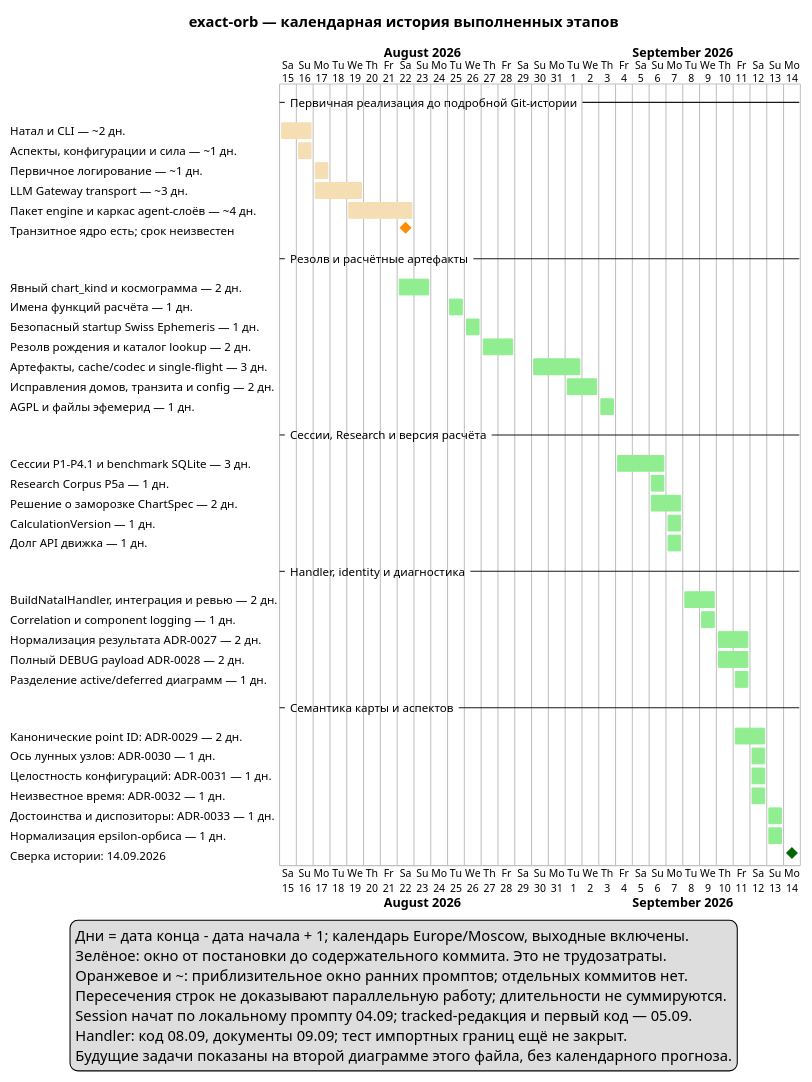
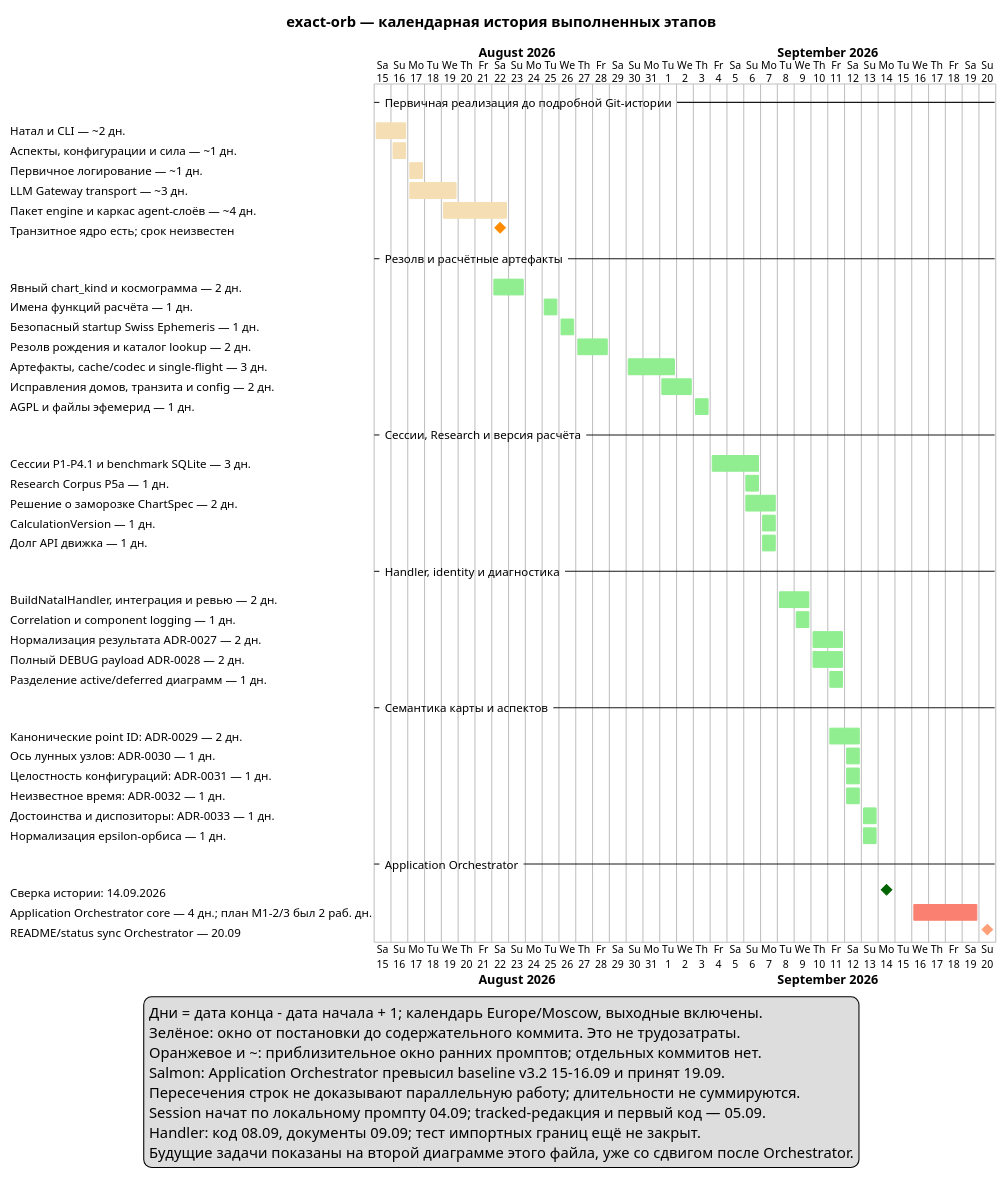
The diagram in docs/project_management/roadmap_completed_work_timeline.puml (ksenia-baranova/exact-orb-demo), drawn with PlantUML before and after one commit. The commit also changed 3 other files, not shown here.

First line of the commit message:
docs: record orchestrator roadmap overrun

```diff
--- a/docs/project_management/roadmap_completed_work_timeline.puml
+++ b/docs/project_management/roadmap_completed_work_timeline.puml
@@ -1,176 +1,188 @@
 @startgantt
 ' Источник интервалов и метод подсчёта: roadmap.md, раздел 1.3.
 ' Начало: датированный prompt. Конец: содержательный commit, не более поздний merge.
 ' До initial commit 22.08 интервалы приблизительны и показаны оранжевым.
 
 title exact-orb — календарная история выполненных этапов
 Project starts 2026-08-15
 printscale daily
 Label on first column
 
 -- Первичная реализация до подробной Git-истории --
 
 ' prompts/2026-08-15/01-natal-module.md -> fb8cafe (окно промптов; код подтверждён initial commit)
 [Натал и CLI — ~2 дн.] as [H_CORE] starts 2026-08-15 and ends 2026-08-16
 [H_CORE] is 100% complete
 [H_CORE] is colored in Wheat
 
 ' prompts/2026-08-16/02-aspects-module.md -> fb8cafe (окно промптов; код подтверждён initial commit)
 [Аспекты, конфигурации и сила — ~1 дн.] as [H_ASPECTS] starts 2026-08-16 and ends 2026-08-16
 [H_ASPECTS] is 100% complete
 [H_ASPECTS] is colored in Wheat
 
 ' prompts/2026-08-17/01-logging.md -> fb8cafe (окно промптов; код подтверждён initial commit)
 [Первичное логирование — ~1 дн.] as [H_LOG0] starts 2026-08-17 and ends 2026-08-17
 [H_LOG0] is 100% complete
 [H_LOG0] is colored in Wheat
 
 ' prompts/2026-08-17/02-llm-gateway.md -> fb8cafe (окно промптов; код подтверждён initial commit)
 [LLM Gateway transport — ~3 дн.] as [H_LLM] starts 2026-08-17 and ends 2026-08-19
 [H_LLM] is 100% complete
 [H_LLM] is colored in Wheat
 
 ' prompts/2026-08-19/01-agent-skeleton.md -> fb8cafe (окно промптов; код подтверждён initial commit)
 [Пакет engine и каркас agent-слоёв — ~4 дн.] as [H_PACKAGE] starts 2026-08-19 and ends 2026-08-22
 [H_PACKAGE] is 100% complete
 [H_PACKAGE] is colored in Wheat
 
 [Транзитное ядро есть; срок неизвестен] as [TRANSIT_EXISTS] happens 2026-08-22
 [TRANSIT_EXISTS] is colored in DarkOrange
 
 -- Резолв и расчётные артефакты --
 
 ' prompts/2026-08-22/12-explicit-chart-kind-and-honest-cosmogram.md -> 2726eab
 [Явный chart_kind и космограмма — 2 дн.] as [H_KIND] starts 2026-08-22 and ends 2026-08-23
 [H_KIND] is 100% complete
 [H_KIND] is colored in LightGreen
 
 ' prompts/2026-08-25/01-rename-chart-calculation-functions.md -> a3dddfd
 [Имена функций расчёта — 1 дн.] as [H_RENAME] starts 2026-08-25 and ends 2026-08-25
 [H_RENAME] is 100% complete
 [H_RENAME] is colored in LightGreen
 
 ' prompts/2026-08-26/01-freeze-swiss-ephemeris-runtime.md -> eeb6c77
 [Безопасный startup Swiss Ephemeris — 1 дн.] as [H_SWISS] starts 2026-08-26 and ends 2026-08-26
 [H_SWISS] is 100% complete
 [H_SWISS] is colored in LightGreen
 
 ' prompts/2026-08-27/01-birth-data-resolution.md -> dd21500
 [Резолв рождения и каталог lookup — 2 дн.] as [H_BIRTH] starts 2026-08-27 and ends 2026-08-28
 [H_BIRTH] is 100% complete
 [H_BIRTH] is colored in LightGreen
 
 ' prompts/2026-08-30/01-chart-artifacts-input-and-key.md -> b5c1beb
 [Артефакты, cache/codec и single-flight — 3 дн.] as [H_CALC] starts 2026-08-30 and ends 2026-09-01
 [H_CALC] is 100% complete
 [H_CALC] is colored in LightGreen
 
 ' prompts/2026-09-01/03-fix-house-system-validation.md -> 8bb60b4
 [Исправления домов, транзита и config — 2 дн.] as [H_FIX] starts 2026-09-01 and ends 2026-09-02
 [H_FIX] is 100% complete
 [H_FIX] is colored in LightGreen
 
 ' prompts/2026-09-03/01-project-license-agpl.md -> 381610a
 [AGPL и файлы эфемерид — 1 дн.] as [H_VENDOR] starts 2026-09-03 and ends 2026-09-03
 [H_VENDOR] is 100% complete
 [H_VENDOR] is colored in LightGreen
 
 -- Сессии, Research и версия расчёта --
 
 ' prompts/2026-09-04/01-session-contracts.md -> f771aa0
 [Сессии P1–P4.1 и benchmark SQLite — 3 дн.] as [H_SESSION] starts 2026-09-04 and ends 2026-09-06
 [H_SESSION] is 100% complete
 [H_SESSION] is colored in LightGreen
 
 ' prompts/2026-09-06/02-research-corpus-contracts.md -> 11c8c9e
 [Research Corpus P5a — 1 дн.] as [H_RESEARCH] starts 2026-09-06 and ends 2026-09-06
 [H_RESEARCH] is 100% complete
 [H_RESEARCH] is colored in LightGreen
 
 ' prompts/2026-09-06/06-adr-chart-spec-completeness-freeze.md -> 7f05723
 [Решение о заморозке ChartSpec — 2 дн.] as [H_FREEZE] starts 2026-09-06 and ends 2026-09-07
 [H_FREEZE] is 100% complete
 [H_FREEZE] is colored in LightGreen
 
 ' prompts/2026-09-07/02-calculation-version.md -> f94d8c6
 [CalculationVersion — 1 дн.] as [H_VERSION] starts 2026-09-07 and ends 2026-09-07
 [H_VERSION] is 100% complete
 [H_VERSION] is colored in LightGreen
 
 ' prompts/2026-09-07/03-engine-debt.md -> 604d411
 [Долг API движка — 1 дн.] as [H_ENGINE_DEBT] starts 2026-09-07 and ends 2026-09-07
 [H_ENGINE_DEBT] is 100% complete
 [H_ENGINE_DEBT] is colored in LightGreen
 
 -- Handler, identity и диагностика --
 
 ' prompts/2026-09-08/01-application-contracts.md -> d48f303
 [BuildNatalHandler, интеграция и ревью — 2 дн.] as [H_HANDLER] starts 2026-09-08 and ends 2026-09-09
 [H_HANDLER] is 100% complete
 [H_HANDLER] is colored in LightGreen
 
 ' prompts/2026-09-09/03-optimize-chart-boundary-logging.md -> 3c9fa6e
 [Correlation и component logging — 1 дн.] as [H_BOUNDARY] starts 2026-09-09 and ends 2026-09-09
 [H_BOUNDARY] is 100% complete
 [H_BOUNDARY] is colored in LightGreen
 
 ' prompts/2026-09-10/01-research-build-natal-sources-of-truth.md -> d6c0c89
 [Нормализация результата ADR-0027 — 2 дн.] as [H_IDENTITY] starts 2026-09-10 and ends 2026-09-11
 [H_IDENTITY] is 100% complete
 [H_IDENTITY] is colored in LightGreen
 
 ' prompts/2026-09-10/05-full-debug-component-boundary-logging.md -> d6c0c89
 [Полный DEBUG payload ADR-0028 — 2 дн.] as [H_FULLLOG] starts 2026-09-10 and ends 2026-09-11
 [H_FULLLOG] is 100% complete
 [H_FULLLOG] is colored in LightGreen
 
 ' prompts/2026-09-11/01-reorganize-build-chart-sequence-diagrams.md -> ded9895
 [Разделение active/deferred диаграмм — 1 дн.] as [H_DIAGRAMS] starts 2026-09-11 and ends 2026-09-11
 [H_DIAGRAMS] is 100% complete
 [H_DIAGRAMS] is colored in LightGreen
 
 -- Семантика карты и аспектов --
 
 ' prompts/2026-09-11/02-canonical-chart-point-identifiers.md -> 229be82
 [Канонические point ID: ADR-0029 — 2 дн.] as [H_CANON] starts 2026-09-11 and ends 2026-09-12
 [H_CANON] is 100% complete
 [H_CANON] is colored in LightGreen
 
 ' prompts/2026-09-12/01-lunar-node-axis-semantics.md -> 3cca8eb
 [Ось лунных узлов: ADR-0030 — 1 дн.] as [H_NODE] starts 2026-09-12 and ends 2026-09-12
 [H_NODE] is 100% complete
 [H_NODE] is colored in LightGreen
 
 ' prompts/2026-09-12/02-configuration-materialization-integrity.md -> 71df64c
 [Целостность конфигураций: ADR-0031 — 1 дн.] as [H_CONFIG] starts 2026-09-12 and ends 2026-09-12
 [H_CONFIG] is 100% complete
 [H_CONFIG] is colored in LightGreen
 
 ' prompts/2026-09-12/03-unknown-time-aspect-semantics-decision.md -> 3945677
 [Неизвестное время: ADR-0032 — 1 дн.] as [H_UNKNOWN] starts 2026-09-12 and ends 2026-09-12
 [H_UNKNOWN] is 100% complete
 [H_UNKNOWN] is colored in LightGreen
 
 ' prompts/2026-09-13/01-align-dignities-and-dispositors.md -> ba825af
 [Достоинства и диспозиторы: ADR-0033 — 1 дн.] as [H_STRENGTH] starts 2026-09-13 and ends 2026-09-13
 [H_STRENGTH] is 100% complete
 [H_STRENGTH] is colored in LightGreen
 
 ' prompts/2026-09-13/02-aspect-orb-boundary-normalization.md -> 4b86238
 [Нормализация epsilon-орбиса — 1 дн.] as [H_ORB] starts 2026-09-13 and ends 2026-09-13
 [H_ORB] is 100% complete
 [H_ORB] is colored in LightGreen
 
+-- Application Orchestrator --
+
 [Сверка истории: 14.09.2026] as [AUDIT] happens 2026-09-14
 [AUDIT] is colored in DarkGreen
+
+' roadmap v3.2 planned M1-2 + M1-3 as 2 working days on 15.09-16.09.
+' Actual implementation/acceptance series: a12daf4 -> e688592.
+[Application Orchestrator core — 4 дн.; план M1-2/3 был 2 раб. дн.] as [H_APP_ORCH] starts 2026-09-16 and ends 2026-09-19
+[H_APP_ORCH] is 100% complete
+[H_APP_ORCH] is colored in Salmon
+
+[README/status sync Orchestrator — 20.09] as [H_APP_DOCS] happens 2026-09-20
+[H_APP_DOCS] is colored in LightSalmon
 
 legend bottom
   Дни = дата конца - дата начала + 1; календарь Europe/Moscow, выходные включены.
   Зелёное: окно от постановки до содержательного коммита. Это не трудозатраты.
   Оранжевое и ~: приблизительное окно ранних промптов; отдельных коммитов нет.
+  Salmon: Application Orchestrator превысил baseline v3.2 15-16.09 и принят 19.09.
   Пересечения строк не доказывают параллельную работу; длительности не суммируются.
   Session начат по локальному промпту 04.09; tracked-редакция и первый код — 05.09.
   Handler: код 08.09, документы 09.09; тест импортных границ ещё не закрыт.
-  Будущие задачи показаны на второй диаграмме этого файла, без календарного прогноза.
+  Будущие задачи показаны на второй диаграмме этого файла, уже со сдвигом после Orchestrator.
 endlegend
 @endgantt
```
